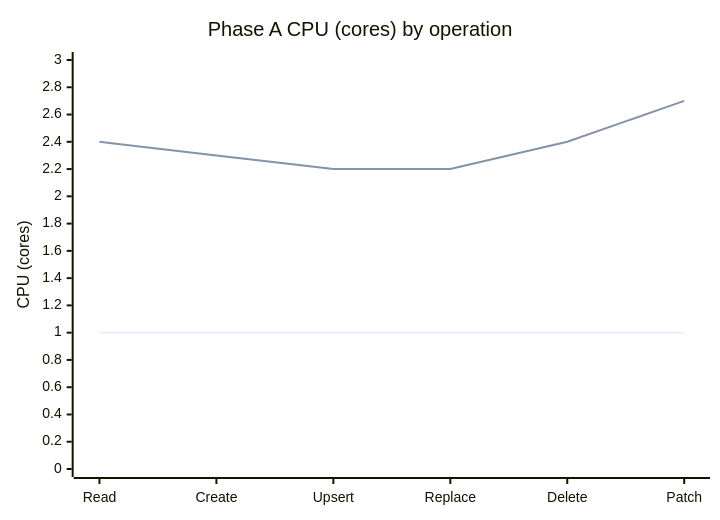
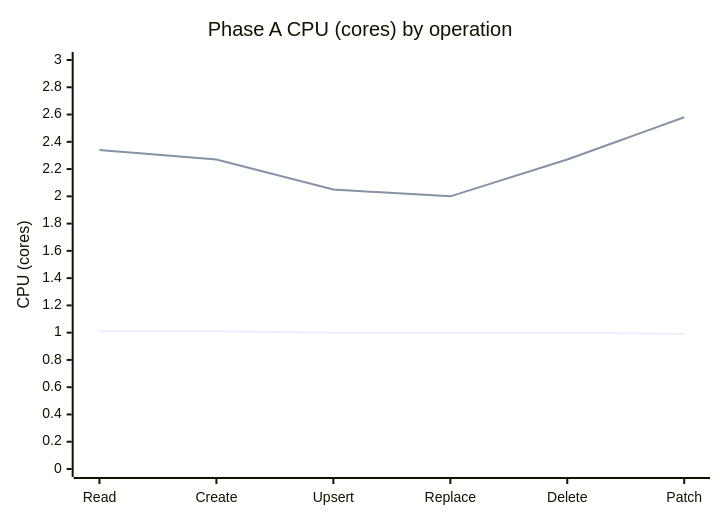
Before and after one commit to Azure/azure-sdk-for-python: the fourth of 7 diagrams in sdk/cosmos/azure-cosmos/docs/rust-vs-python-perf-drill.md, drawn with Mermaid. The commit also changed other lines of this file and 14 other files, not shown here.

````diff
--- a/sdk/cosmos/azure-cosmos/docs/rust-vs-python-perf-drill.md
+++ b/sdk/cosmos/azure-cosmos/docs/rust-vs-python-perf-drill.md
@@ -423,8 +185,8 @@
 ```mermaid
 xychart-beta
     title "Phase A CPU (cores) by operation"
     x-axis ["Read","Create","Upsert","Replace","Delete","Patch"]
     y-axis "CPU (cores)" 0 --> 3
-    line "Core Python" [1.0,1.0,1.0,1.0,1.0,1.0]
-    line "Rust" [2.4,2.3,2.2,2.2,2.4,2.7]
+    line "Core Python" [1.01,1.01,1.00,1.00,1.00,0.99]
+    line "Rust" [2.34,2.27,2.05,2.00,2.27,2.58]
 ```
````
